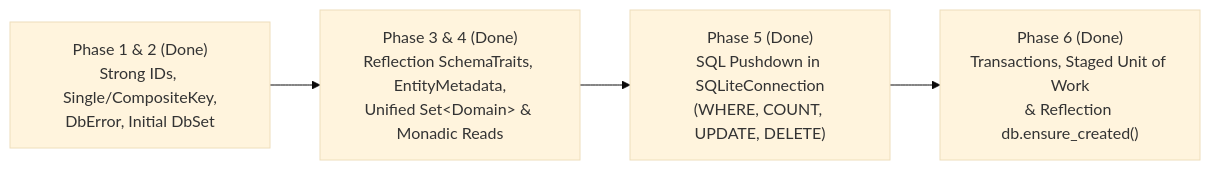
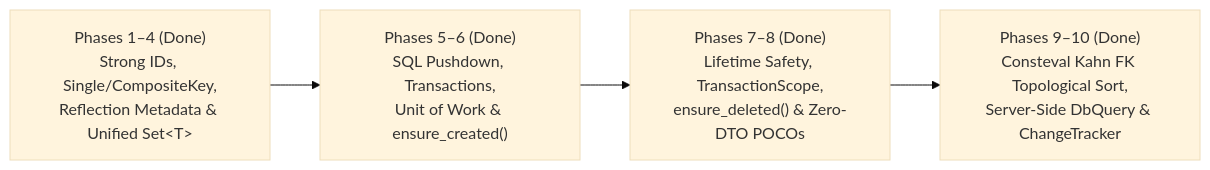
The first of 2 diagrams in readme4.md (mythrz/CodeFirstCppDB_sqlgen), drawn with Mermaid (base theme) before and after one commit. The commit also changed other lines of this file, not shown here.

Commit message:
further improvements. + reflection, json, life, dbquery, atomic, compile-time, 11 to 14.

````diff
--- a/readme4.md
+++ b/readme4.md
@@ -213,6 +246,6 @@
 ```mermaid
 flowchart LR
-    P12["Phase 1 & 2 (Done)<br/>Strong IDs, Single/CompositeKey,<br/>DbError, Initial DbSet"] --> P34["Phase 3 & 4 (Done)<br/>Reflection SchemaTraits, EntityMetadata,<br/>Unified Set&lt;Domain&gt; &amp; Monadic Reads"]
-    P34 --> P5["Phase 5 (Done)<br/>SQL Pushdown in SQLiteConnection<br/>(WHERE, COUNT, UPDATE, DELETE)"]
-    P5 --> P6["Phase 6 (Done)<br/>Transactions, Staged Unit of Work<br/>&amp; Reflection db.ensure_created()"]
+    P14["Phases 1–4 (Done)<br/>Strong IDs, Single/CompositeKey,<br/>Reflection Metadata &amp; Unified Set&lt;T&gt;"] --> P56["Phases 5–6 (Done)<br/>SQL Pushdown, Transactions,<br/>Unit of Work &amp; ensure_created()"]
+    P56 --> P78["Phases 7–8 (Done)<br/>Lifetime Safety, TransactionScope,<br/>ensure_deleted() &amp; Zero-DTO POCOs"]
+    P78 --> P910["Phases 9–10 (Done)<br/>Consteval Kahn FK Topological Sort,<br/>Server-Side DbQuery &amp; ChangeTracker"]
 ```
````
